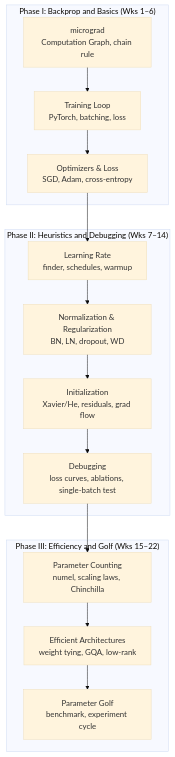
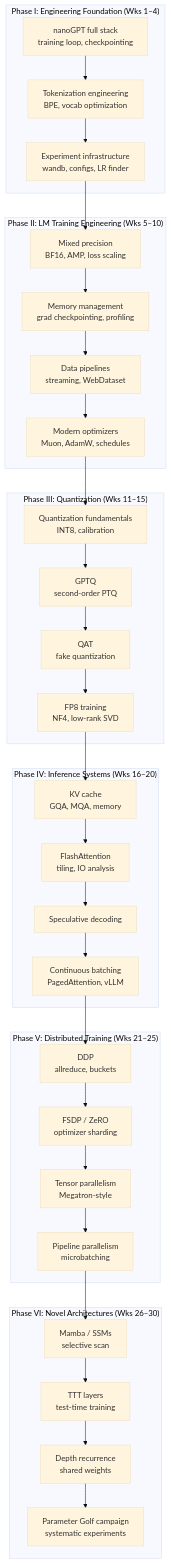
The diagram in curricula/deep-learning-engineering/curriculum.md (calwoo/research-notes), drawn with Mermaid (base theme) before and after one commit. The commit also changed other lines of this file and 9 other files, not shown here.

````diff
--- a/curricula/deep-learning-engineering/curriculum.md
+++ b/curricula/deep-learning-engineering/curriculum.md
@@ -24,31 +40,66 @@
 ```mermaid
 flowchart TD
-    subgraph P1["Phase I: Backprop and Basics (Wks 1–6)"]
-        micro["micrograd<br/>Computation Graph, chain rule"]
-        loop["Training Loop<br/>PyTorch, batching, loss"]
-        opt["Optimizers & Loss<br/>SGD, Adam, cross-entropy"]
+    subgraph P1["Phase I: Engineering Foundation (Wks 1–4)"]
+        nano["nanoGPT full stack<br/>training loop, checkpointing"]
+        tok["Tokenization engineering<br/>BPE, vocab optimization"]
+        exp["Experiment infrastructure<br/>wandb, configs, LR finder"]
     end
 
-    subgraph P2["Phase II: Heuristics and Debugging (Wks 7–14)"]
-        lr["Learning Rate<br/>finder, schedules, warmup"]
-        norm["Normalization & Regularization<br/>BN, LN, dropout, WD"]
-        init["Initialization<br/>Xavier/He, residuals, grad flow"]
-        debug["Debugging<br/>loss curves, ablations, single-batch test"]
+    subgraph P2["Phase II: LM Training Engineering (Wks 5–10)"]
+        amp["Mixed precision<br/>BF16, AMP, loss scaling"]
+        ckpt["Memory management<br/>grad checkpointing, profiling"]
+        pipe["Data pipelines<br/>streaming, WebDataset"]
+        muon["Modern optimizers<br/>Muon, AdamW, schedules"]
     end
 
-    subgraph P3["Phase III: Efficiency and Golf (Wks 15–22)"]
-        count["Parameter Counting<br/>numel, scaling laws, Chinchilla"]
-        arch["Efficient Architectures<br/>weight tying, GQA, low-rank"]
-        golf["Parameter Golf<br/>benchmark, experiment cycle"]
+    subgraph P3["Phase III: Quantization (Wks 11–15)"]
+        qfund["Quantization fundamentals<br/>INT8, calibration"]
+        gptq["GPTQ<br/>second-order PTQ"]
+        qat["QAT<br/>fake quantization"]
+        fp8["FP8 training<br/>NF4, low-rank SVD"]
     end
 
-    micro --> loop
-    loop --> opt
-    opt --> lr
-    lr --> norm
-    norm --> init
-    init --> debug
-    debug --> count
-    count --> arch
-    arch --> golf
+    subgraph P4["Phase IV: Inference Systems (Wks 16–20)"]
+        kvcache["KV cache<br/>GQA, MQA, memory"]
+        flash["FlashAttention<br/>tiling, IO analysis"]
+        spec["Speculative decoding"]
+        batch["Continuous batching<br/>PagedAttention, vLLM"]
+    end
+
+    subgraph P5["Phase V: Distributed Training (Wks 21–25)"]
+        ddp["DDP<br/>allreduce, buckets"]
+        fsdp["FSDP / ZeRO<br/>optimizer sharding"]
+        tp["Tensor parallelism<br/>Megatron-style"]
+        pp["Pipeline parallelism<br/>microbatching"]
+    end
+
+    subgraph P6["Phase VI: Novel Architectures (Wks 26–30)"]
+        ssm["Mamba / SSMs<br/>selective scan"]
+        ttt["TTT layers<br/>test-time training"]
+        rec["Depth recurrence<br/>shared weights"]
+        golf["Parameter Golf campaign<br/>systematic experiments"]
+    end
+
+    nano --> tok
+    tok --> exp
+    exp --> amp
+    amp --> ckpt
+    ckpt --> pipe
+    pipe --> muon
+    muon --> qfund
+    qfund --> gptq
+    gptq --> qat
+    qat --> fp8
+    fp8 --> kvcache
+    kvcache --> flash
+    flash --> spec
+    spec --> batch
+    batch --> ddp
+    ddp --> fsdp
+    fsdp --> tp
+    tp --> pp
+    pp --> ssm
+    ssm --> ttt
+    ttt --> rec
+    rec --> golf
 ```
````
